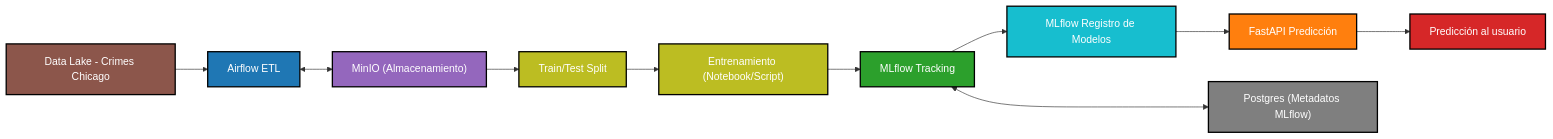
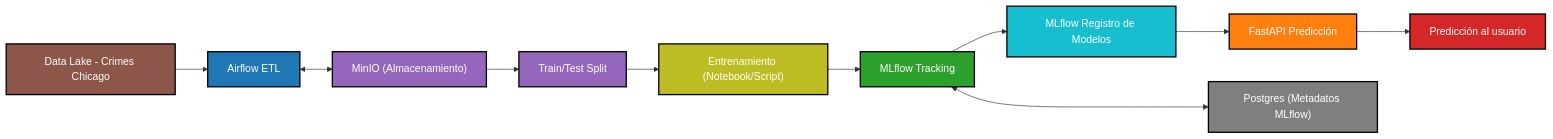
The second of 3 diagrams in README.md (DanteMendoza/AP_2025_B3_TP2_Mendoza_Dante), drawn with Mermaid before and after one commit. The commit also changed other lines of this file, not shown here.

````diff
--- a/README.md
+++ b/README.md
@@ -60,26 +35,26 @@
 ```mermaid
 flowchart LR
     A["Data Lake - Crimes Chicago"] --> B["Airflow ETL"]
     B <--> C["MinIO (Almacenamiento)"]
     C --> D["Train/Test Split"]
     D --> E["Entrenamiento (Notebook/Script)"]
     E --> F["MLflow Tracking"]
     F --> G["MLflow Registro de Modelos"]
     G --> H["FastAPI Predicción"]
     H --> I["Predicción al usuario"]
 
     %% Integración con Postgres
     F <---> J["Postgres (Metadatos MLflow)"]
 
     %% Estilos
     style A fill:#8c564b,stroke:#000,stroke-width:2px,color:#fff
     style B fill:#1f77b4,stroke:#000,stroke-width:2px,color:#fff
     style C fill:#9467bd,stroke:#000,stroke-width:2px,color:#fff
-    style D fill:#bcbd22,stroke:#000,stroke-width:2px,color:#fff
+    style D fill:#9467bd,stroke:#000,stroke-width:2px,color:#fff
     style E fill:#bcbd22,stroke:#000,stroke-width:2px,color:#fff
     style F fill:#2ca02c,stroke:#000,stroke-width:2px,color:#fff
     style G fill:#17becf,stroke:#000,stroke-width:2px,color:#fff
     style H fill:#ff7f0e,stroke:#000,stroke-width:2px,color:#fff
     style I fill:#d62728,stroke:#000,stroke-width:2px,color:#fff
     style J fill:#7f7f7f,stroke:#000,stroke-width:2px,color:#fff
 ```
````
